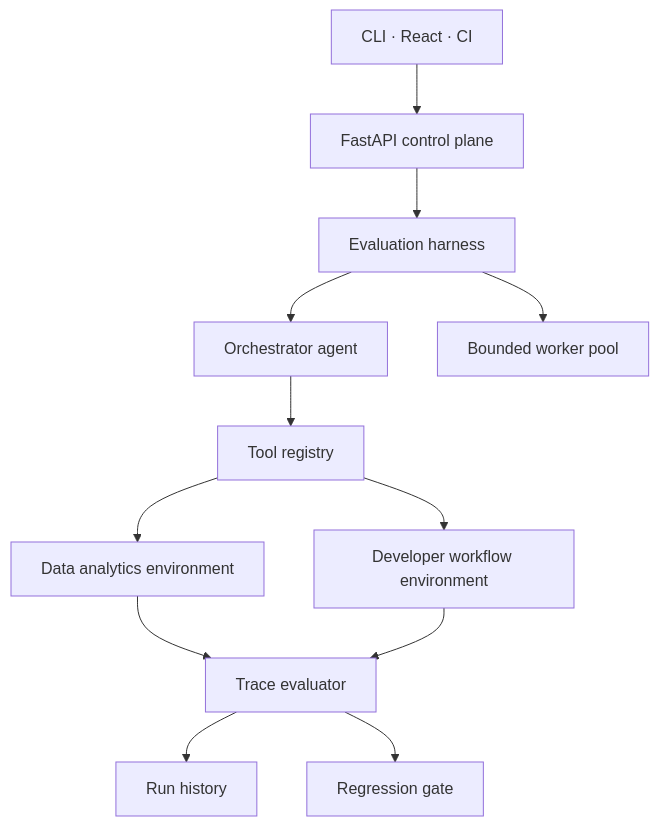
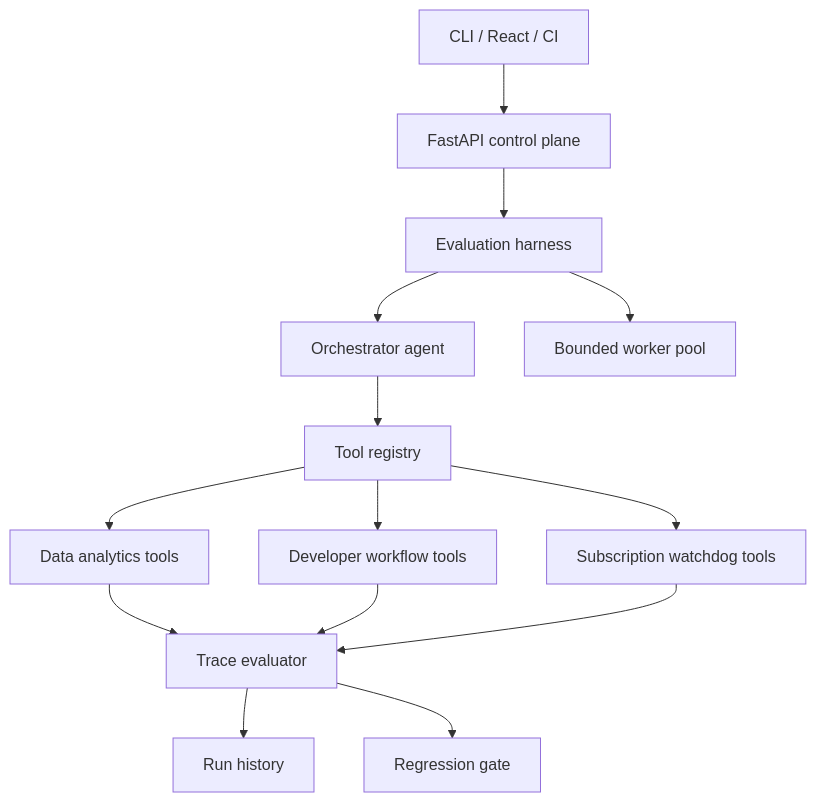
The second of 6 diagrams in README.md (radhika-singh-10/ToolReliability), drawn with Mermaid before and after one commit. The commit also changed other lines of this file, not shown here.

Commit message:
docs: position subscription watchdog for MongoDB hackathon

````diff
--- a/README.md
+++ b/README.md
@@ -17,14 +58,16 @@
 ```mermaid
 flowchart TD
-    A["CLI · React · CI"] --> B["FastAPI control plane"]
+    A["CLI / React / CI"] --> B["FastAPI control plane"]
     B --> C["Evaluation harness"]
     C --> D["Orchestrator agent"]
     C --> E["Bounded worker pool"]
     D --> F["Tool registry"]
-    F --> G["Data analytics environment"]
-    F --> H["Developer workflow environment"]
+    F --> G["Data analytics tools"]
+    F --> H["Developer workflow tools"]
+    F --> S["Subscription watchdog tools"]
     G --> I["Trace evaluator"]
     H --> I
+    S --> I
     I --> J["Run history"]
     I --> K["Regression gate"]
 ```
````
